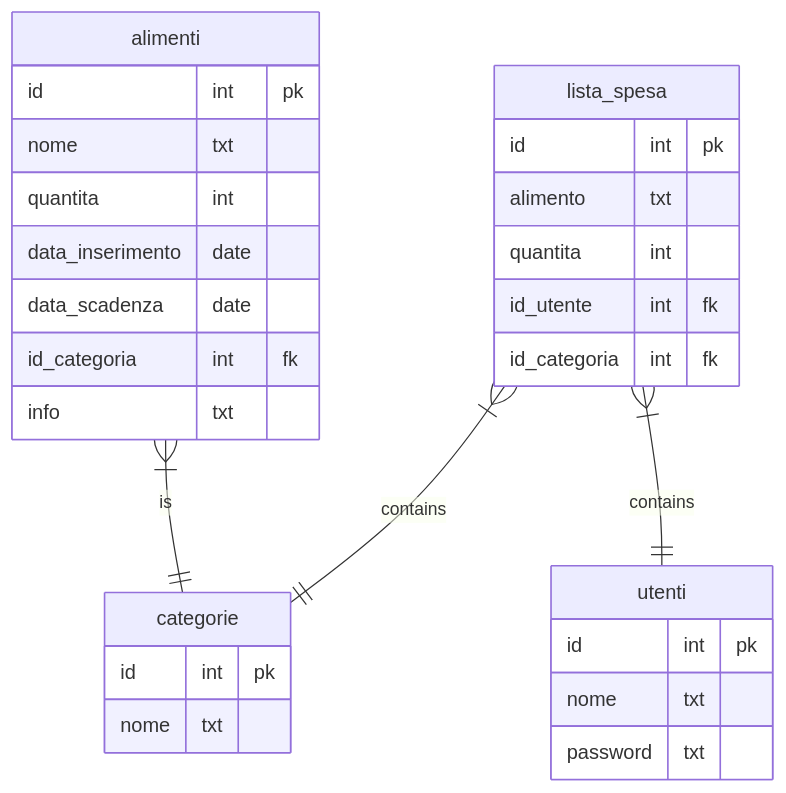
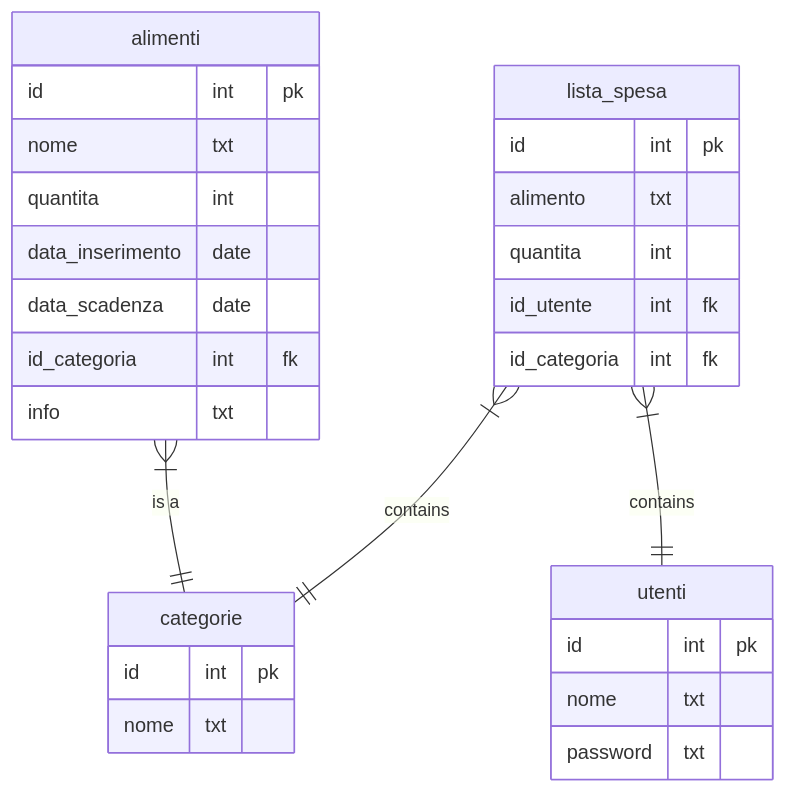
The second of 2 diagrams in MieiProgetti/FoodexpMvc/README.md (simuss85/esercitazioni-dotnet-2024), drawn with Mermaid before and after one commit. The commit also changed 1 other file, not shown here.

Commit message:
Aggiorna parte della documentazione Foodexp

````diff
--- a/MieiProgetti/FoodexpMvc/README.md
+++ b/MieiProgetti/FoodexpMvc/README.md
@@ -81,36 +81,36 @@
 ```mermaid
 erDiagram
 
     a[alimenti] {
         id int pk
         nome txt
         quantita int
         data_inserimento date
         data_scadenza date
         id_categoria int fk
         info txt 
     }
 
     c[categorie] {
         id int pk
         nome txt
     }
 
     l[lista_spesa] {
         id int pk
         alimento txt
         quantita int
         id_utente int fk
         id_categoria int fk
     }
     
     p[utenti] {
         id int pk
         nome txt
         password txt
     }
     
-    a }|--|| c : is
+    a }|--|| c : "is a"
     l }|--|| c : contains
     l }|--|| p : contains
 ```
````
